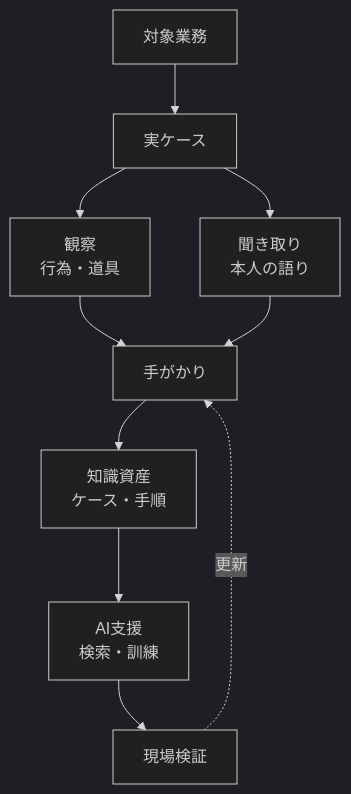
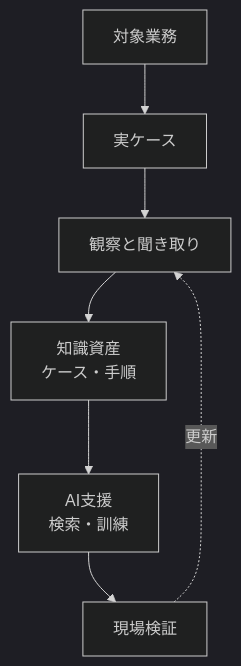
The third of 3 diagrams in src/content/blog/tacit-knowledge-business-theory.mdx (daylight55/research), drawn with Mermaid (dark theme) before and after one commit. The commit also changed other lines of this file and 20 other files, not shown here.

Commit message:
Mermaid図の表示サイズを調整

````diff
--- a/src/content/blog/tacit-knowledge-business-theory.mdx
+++ b/src/content/blog/tacit-knowledge-business-theory.mdx
@@ -178,12 +177,9 @@
 ```mermaid
 flowchart TD
   P["対象業務"] --> C["実ケース"]
-  C --> O["観察<br/>行為・道具"]
-  C --> I["聞き取り<br/>本人の語り"]
-  O --> A["手がかり"]
-  I --> A
+  C --> A["観察と聞き取り"]
   A --> K["知識資産<br/>ケース・手順"]
   K --> AI["AI支援<br/>検索・訓練"]
   AI --> V["現場検証"]
   V -. 更新 .-> A
 ```
````
